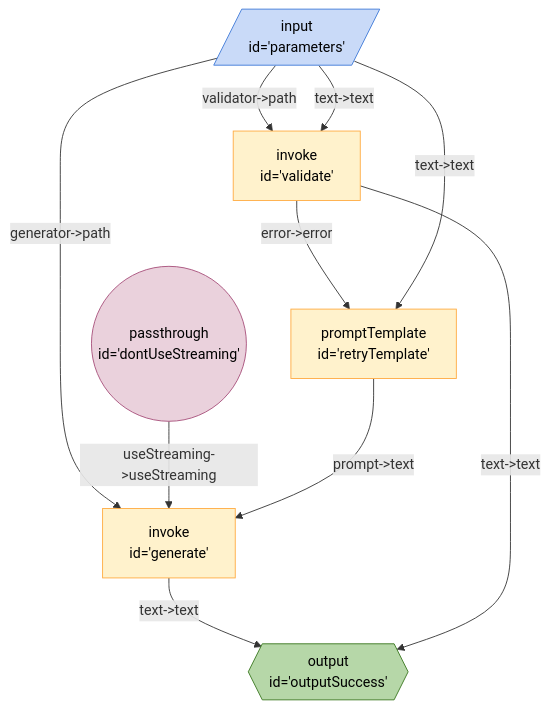
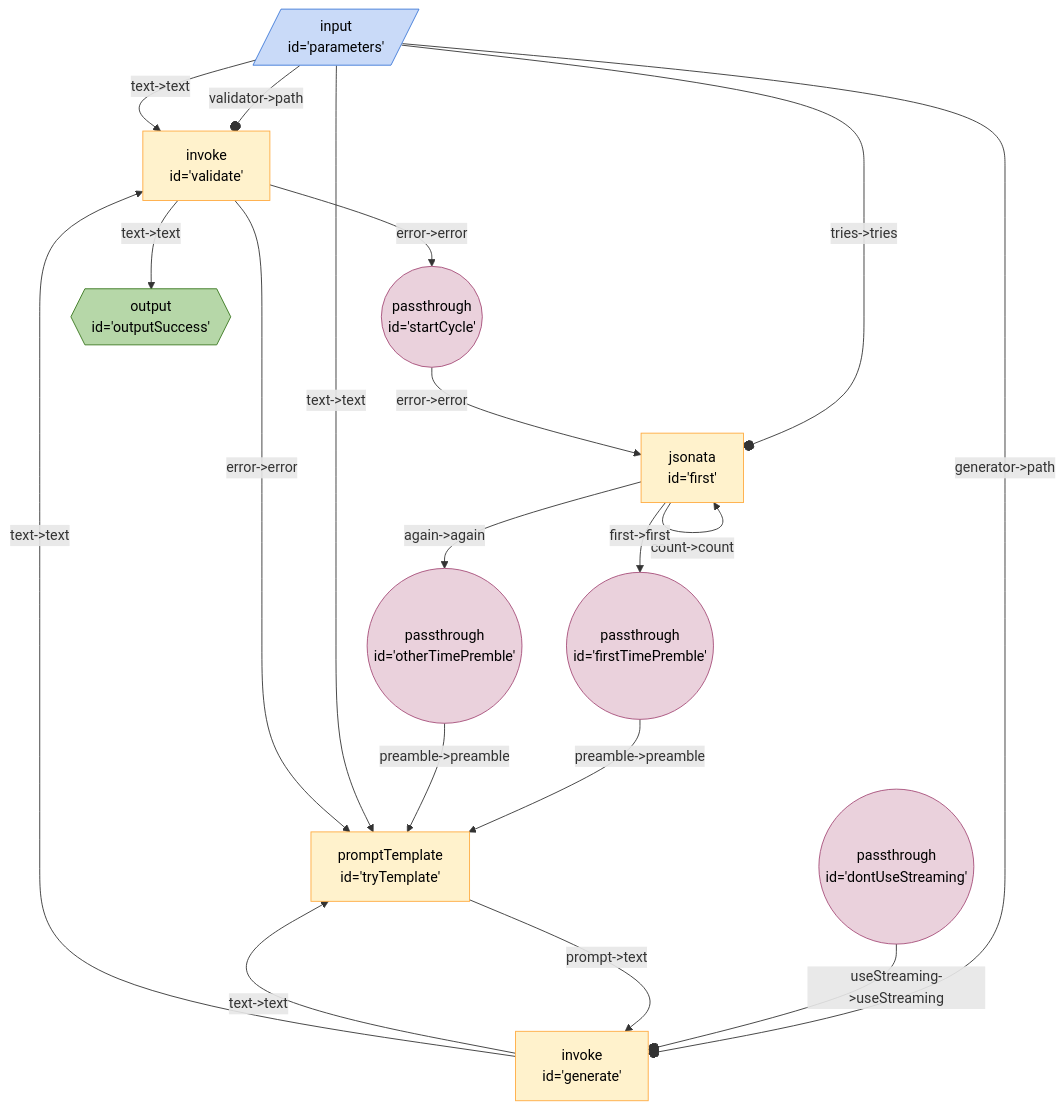
One commit to breadboard-ai/breadboard changed the diagram in seeds/breadboard-web/docs/graphs/healer.md. Above: the diagram before and after it, drawn with Mermaid. The commit also changed 3 other files, not shown here.

````diff
--- a/seeds/breadboard-web/docs/graphs/healer.md
+++ b/seeds/breadboard-web/docs/graphs/healer.md
@@ -3,21 +3,30 @@
 ```mermaid
 %%{init: 'themeVariables': { 'fontFamily': 'Fira Code, monospace' }}%%
 graph TD;
-parameters[/"input <br> id='parameters'"/]:::input -- "validator->path" --> validate["invoke <br> id='validate'"]
+parameters[/"input <br> id='parameters'"/]:::input -- "validator->path" --o validate["invoke <br> id='validate'"]
 parameters[/"input <br> id='parameters'"/]:::input -- "text->text" --> validate["invoke <br> id='validate'"]
-parameters[/"input <br> id='parameters'"/]:::input -- "generator->path" --> generate["invoke <br> id='generate'"]
-dontUseStreaming(("passthrough <br> id='dontUseStreaming'")):::passthrough -- "useStreaming->useStreaming" --> generate["invoke <br> id='generate'"]
-validate["invoke <br> id='validate'"] -- "error->error" --> retryTemplate["promptTemplate <br> id='retryTemplate'"]
-parameters[/"input <br> id='parameters'"/]:::input -- "text->text" --> retryTemplate["promptTemplate <br> id='retryTemplate'"]
-retryTemplate["promptTemplate <br> id='retryTemplate'"] -- "prompt->text" --> generate["invoke <br> id='generate'"]
-generate["invoke <br> id='generate'"] -- "text->text" --> outputSuccess{{"output <br> id='outputSuccess'"}}:::output
+parameters[/"input <br> id='parameters'"/]:::input -- "generator->path" --o generate["invoke <br> id='generate'"]
+dontUseStreaming(("passthrough <br> id='dontUseStreaming'")):::passthrough -- "useStreaming->useStreaming" --o generate["invoke <br> id='generate'"]
+validate["invoke <br> id='validate'"] -- "error->error" --> startCycle(("passthrough <br> id='startCycle'")):::passthrough
+first["jsonata <br> id='first'"] -- "count->count" --> first["jsonata <br> id='first'"]
+parameters[/"input <br> id='parameters'"/]:::input -- "tries->tries" --o first["jsonata <br> id='first'"]
+startCycle(("passthrough <br> id='startCycle'")):::passthrough -- "error->error" --> first["jsonata <br> id='first'"]
+first["jsonata <br> id='first'"] -- "first->first" --> firstTimePremble(("passthrough <br> id='firstTimePremble'")):::passthrough
+first["jsonata <br> id='first'"] -- "again->again" --> otherTimePremble(("passthrough <br> id='otherTimePremble'")):::passthrough
+firstTimePremble(("passthrough <br> id='firstTimePremble'")):::passthrough -- "preamble->preamble" --> tryTemplate["promptTemplate <br> id='tryTemplate'"]
+otherTimePremble(("passthrough <br> id='otherTimePremble'")):::passthrough -- "preamble->preamble" --> tryTemplate["promptTemplate <br> id='tryTemplate'"]
+parameters[/"input <br> id='parameters'"/]:::input -- "text->text" --> tryTemplate["promptTemplate <br> id='tryTemplate'"]
+generate["invoke <br> id='generate'"] -- "text->text" --> tryTemplate["promptTemplate <br> id='tryTemplate'"]
+validate["invoke <br> id='validate'"] -- "error->error" --> tryTemplate["promptTemplate <br> id='tryTemplate'"]
+tryTemplate["promptTemplate <br> id='tryTemplate'"] -- "prompt->text" --> generate["invoke <br> id='generate'"]
+generate["invoke <br> id='generate'"] -- "text->text" --> validate["invoke <br> id='validate'"]
 validate["invoke <br> id='validate'"] -- "text->text" --> outputSuccess{{"output <br> id='outputSuccess'"}}:::output
 classDef default stroke:#ffab40,fill:#fff2ccff,color:#000
 classDef input stroke:#3c78d8,fill:#c9daf8ff,color:#000
 classDef output stroke:#38761d,fill:#b6d7a8ff,color:#000
 classDef passthrough stroke:#a64d79,fill:#ead1dcff,color:#000
 classDef slot stroke:#a64d79,fill:#ead1dcff,color:#000
 classDef config stroke:#a64d79,fill:#ead1dcff,color:#000
 classDef secrets stroke:#db4437,fill:#f4cccc,color:#000
 classDef slotted stroke:#a64d79
 ```
````
